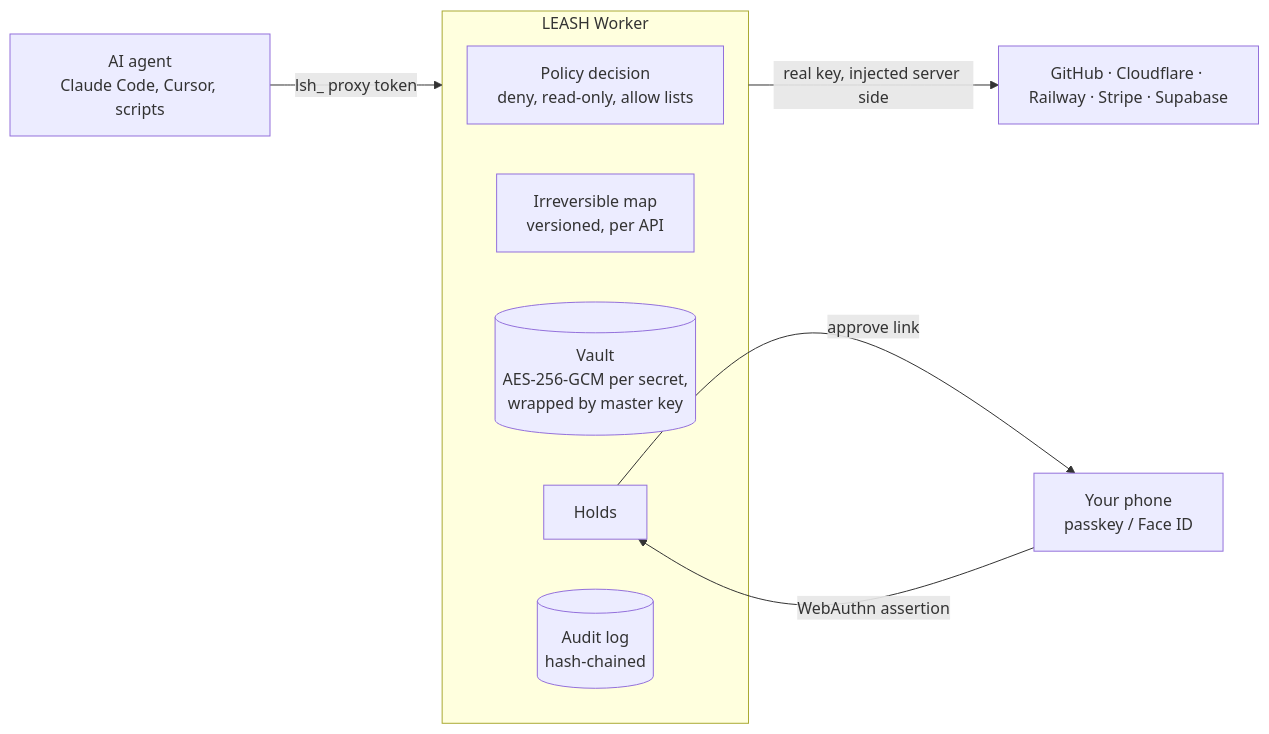
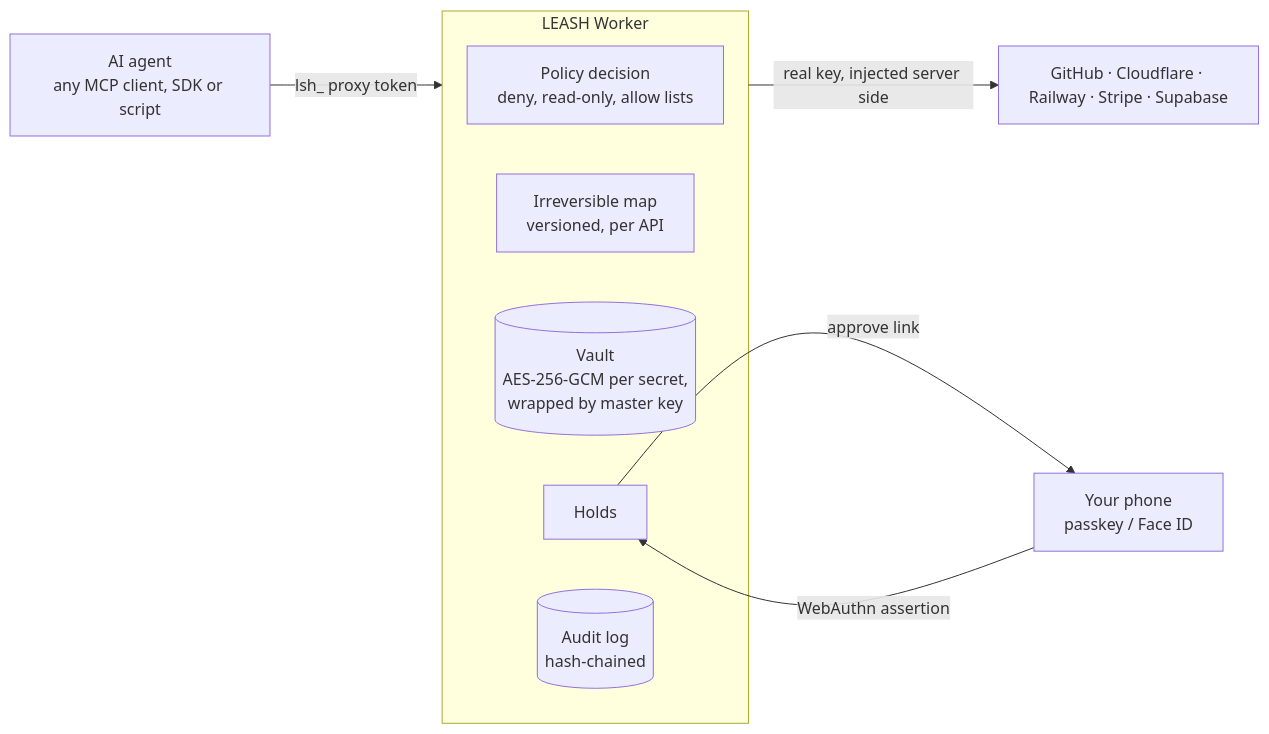
Before and after one commit to GautamTalksDev/leash: the first of 2 diagrams in README.md, drawn with Mermaid. The commit also changed other lines of this file and 7 other files, not shown here.

Commit message:
Neutral agent wording: no third-party tool names; MCP config shown as a standard mcpServers block; CLI 0.1.1

````diff
--- a/README.md
+++ b/README.md
@@ -35,14 +35,14 @@
 ```mermaid
 flowchart LR
-    A[AI agent<br/>Claude Code, Cursor, scripts] -- "lsh_ proxy token" --> L
+    A[AI agent<br/>any MCP client, SDK or script] -- "lsh_ proxy token" --> L
     subgraph L[LEASH Worker]
       P[Policy decision<br/>deny, read-only, allow lists]
       M[Irreversible map<br/>versioned, per API]
       V[(Vault<br/>AES-256-GCM per secret,<br/>wrapped by master key)]
       H[Holds]
       AU[(Audit log<br/>hash-chained)]
     end
     L -- "real key, injected server side" --> U[GitHub · Cloudflare · Railway · Stripe · Supabase]
     H -- "approve link" --> Ph[Your phone<br/>passkey / Face ID]
     Ph -- "WebAuthn assertion" --> H
 ```
````
